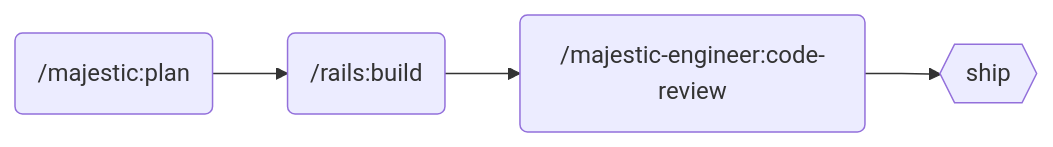
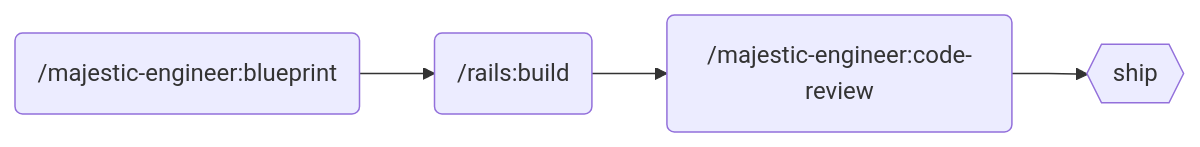
Before and after one commit to majesticlabs-dev/majestic-marketplace: the diagram in plugins/majestic-rails/README.md, drawn with Mermaid. The commit also changed other lines of this file and 10 other files, not shown here.

First line of the commit message:
chore(marketplace): cleanup stale /majestic:plan and /majestic:interview refs

````diff
--- a/plugins/majestic-rails/README.md
+++ b/plugins/majestic-rails/README.md
@@ -30,6 +30,6 @@
 ```mermaid
 graph LR
-    A(/majestic:plan) --> B(/rails:build)
+    A(/majestic-engineer:blueprint) --> B(/rails:build)
     B --> C(/majestic-engineer:code-review)
     C --> D{{ship}}
 ```
````
